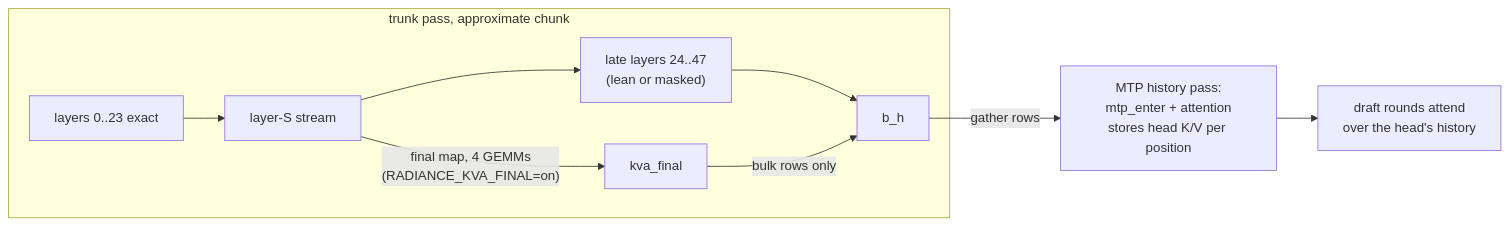
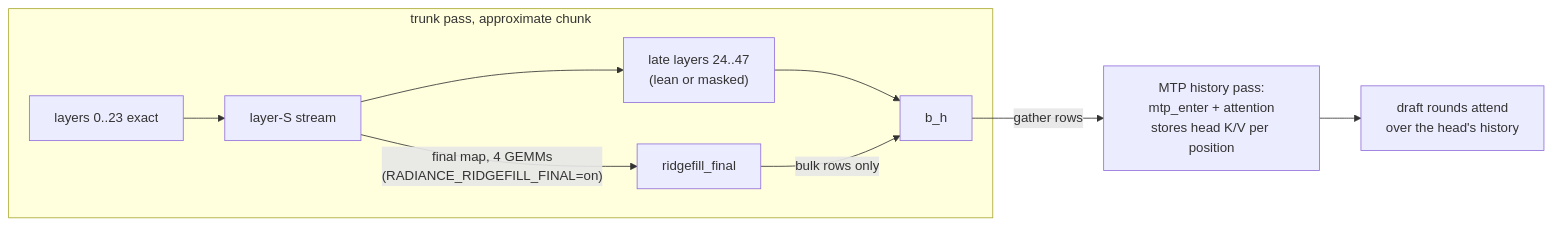
One commit to Approximate-Science/radiance-ridgefill changed the diagram in docs/MTP-FINAL-MAP.md. Above: the diagram before and after it, drawn with Mermaid. The commit also changed other lines of this file and 159 other files, not shown here.

````diff
--- a/docs/MTP-FINAL-MAP.md
+++ b/docs/MTP-FINAL-MAP.md
@@ -71,12 +71,12 @@
 ```mermaid
 flowchart LR
   subgraph trunk["trunk pass, approximate chunk"]
     E["layers 0..23 exact"] --> S["layer-S stream"]
     S --> L["late layers 24..47<br/>(lean or masked)"]
     L --> BH["b_h"]
-    S -->|"final map, 4 GEMMs<br/>(RADIANCE_KVA_FINAL=on)"| F["kva_final"]
+    S -->|"final map, 4 GEMMs<br/>(RADIANCE_RIDGEFILL_FINAL=on)"| F["ridgefill_final"]
     F -->|"bulk rows only"| BH
   end
   BH -->|"gather rows"| H["MTP history pass:<br/>mtp_enter + attention<br/>stores head K/V per position"]
   H --> D["draft rounds attend<br/>over the head's history"]
 ```
````
